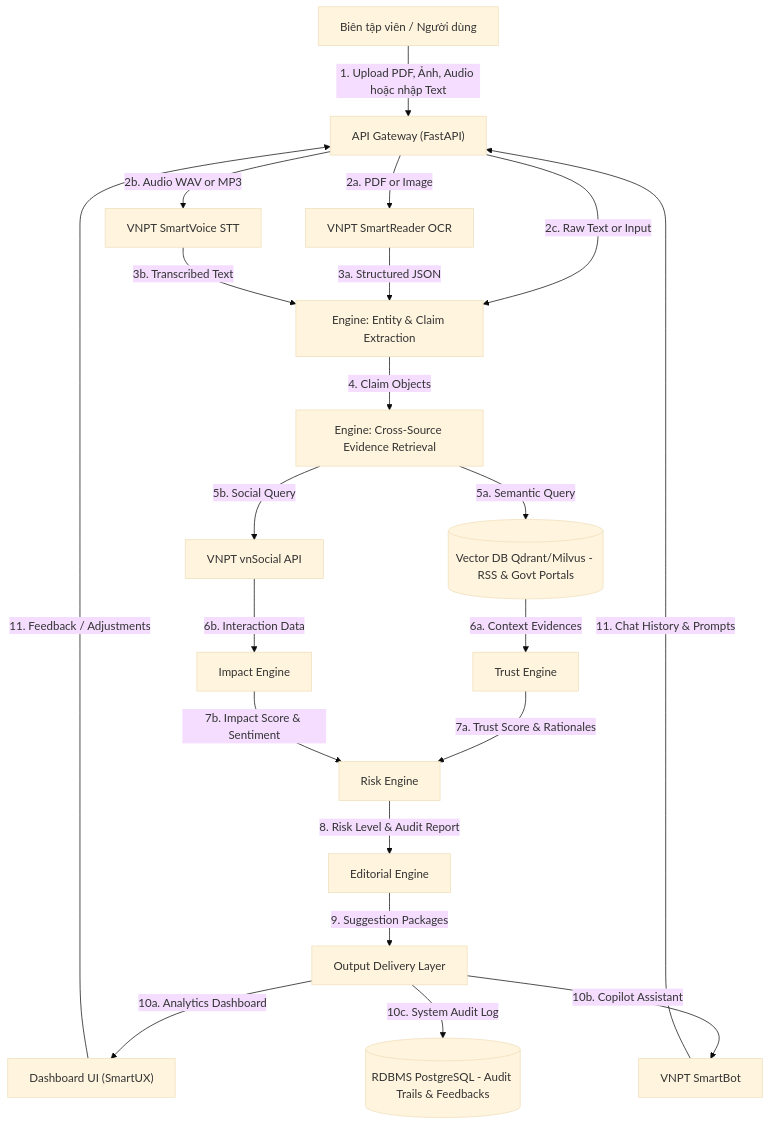
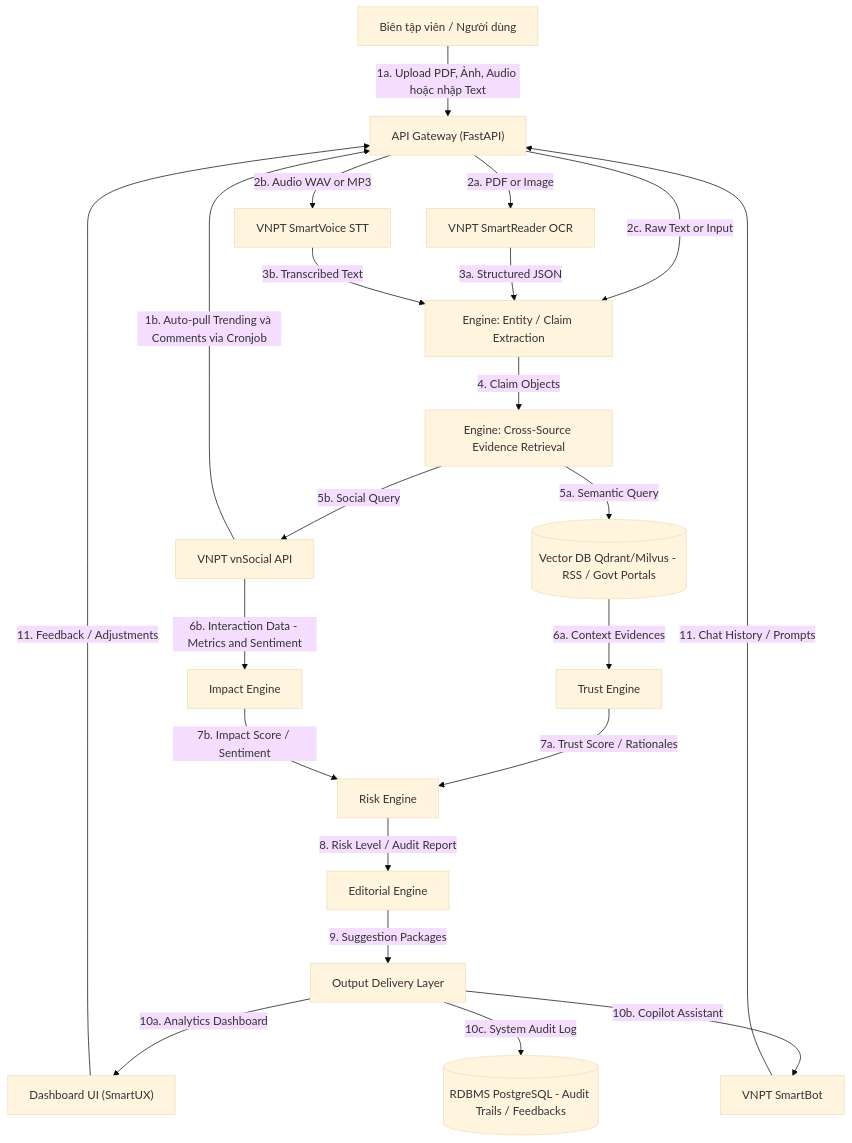
The diagram in docs/architectures/SystemArchitecture.md (KidCute1412/VietnameseHackAIthon2026-SocialMedia), drawn with Mermaid (base theme) before and after one commit. The commit also changed other lines of this file and 28 other files, not shown here.

````diff
--- a/docs/architectures/SystemArchitecture.md
+++ b/docs/architectures/SystemArchitecture.md
@@ -11,37 +11,39 @@
 ```mermaid
 flowchart TD
-    User["Biên tập viên / Người dùng"] -->|1. Upload PDF, Ảnh, Audio hoặc nhập Text| Gateway["API Gateway (FastAPI)"]
+    %% Input Sources
+    User["Biên tập viên / Người dùng"] -->|1a. Upload PDF, Ảnh, Audio hoặc nhập Text| Gateway["API Gateway (FastAPI)"]
+    vnSocial["VNPT vnSocial API"] -->|1b. Auto-pull Trending và Comments via Cronjob| Gateway
     
     %% Input Digitization (Asynchronous)
     Gateway -->|2a. PDF or Image| SmartReader["VNPT SmartReader OCR"]
     Gateway -->|2b. Audio WAV or MP3| SmartVoice["VNPT SmartVoice STT"]
-    Gateway -->|2c. Raw Text or Input| Claims["Engine: Entity & Claim Extraction"]
+    Gateway -->|2c. Raw Text or Input| Claims["Engine: Entity / Claim Extraction"]
     
     SmartReader -->|3a. Structured JSON| Claims
     SmartVoice -->|3b. Transcribed Text| Claims
     
     %% Processing & Evaluation
     Claims -->|4. Claim Objects| Retrieval["Engine: Cross-Source Evidence Retrieval"]
     
     %% DB & Knowledge Sources
-    Retrieval -->|5a. Semantic Query| VectorDB[("Vector DB Qdrant/Milvus - RSS & Govt Portals")]
-    Retrieval -->|5b. Social Query| vnSocial["VNPT vnSocial API"]
+    Retrieval -->|5a. Semantic Query| VectorDB[("Vector DB Qdrant/Milvus - RSS / Govt Portals")]
+    Retrieval -->|5b. Social Query| vnSocial
     
     VectorDB -->|6a. Context Evidences| Trust["Trust Engine"]
-    vnSocial -->|6b. Interaction Data| Impact["Impact Engine"]
+    vnSocial -->|6b. Interaction Data - Metrics and Sentiment| Impact["Impact Engine"]
     
-    Trust -->|7a. Trust Score & Rationales| Risk["Risk Engine"]
-    Impact -->|7b. Impact Score & Sentiment| Risk
+    Trust -->|7a. Trust Score / Rationales| Risk["Risk Engine"]
+    Impact -->|7b. Impact Score / Sentiment| Risk
     
     %% Output Generation & Interactive Feedback Loop
-    Risk -->|8. Risk Level & Audit Report| Editorial["Editorial Engine"]
+    Risk -->|8. Risk Level / Audit Report| Editorial["Editorial Engine"]
     Editorial -->|9. Suggestion Packages| Output["Output Delivery Layer"]
     
     Output -->|10a. Analytics Dashboard| Dashboard["Dashboard UI (SmartUX)"]
     Output -->|10b. Copilot Assistant| SmartBot["VNPT SmartBot"]
-    Output -->|10c. System Audit Log| DB[("RDBMS PostgreSQL - Audit Trails & Feedbacks")]
+    Output -->|10c. System Audit Log| DB[("RDBMS PostgreSQL - Audit Trails / Feedbacks")]
     
     %% Human-in-the-loop Feedback
     Dashboard -->|11. Feedback / Adjustments| Gateway
-    SmartBot -->|11. Chat History & Prompts| Gateway
+    SmartBot -->|11. Chat History / Prompts| Gateway
 ```
````
